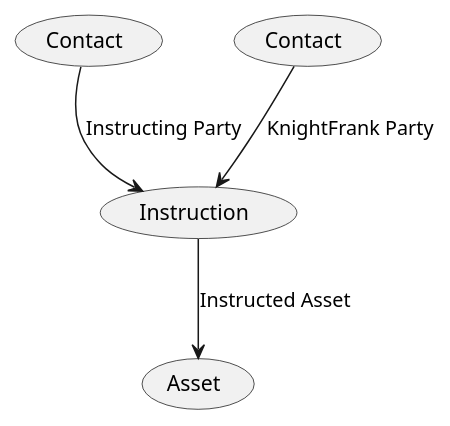
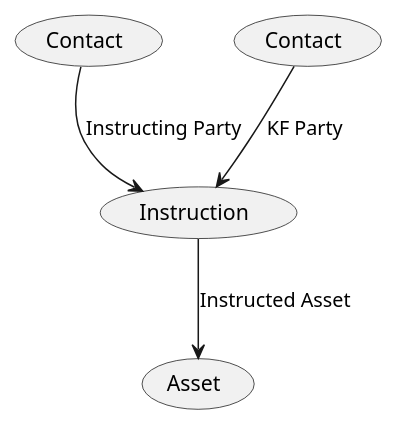
The diagram in assets/RealEstate/Instruction.puml (Kf-GaryNewport/Kf-GaryNewport.github.io), drawn with PlantUML before and after one commit. The commit also changed 2 other files, not shown here.

```diff
--- a/assets/RealEstate/Instruction.puml
+++ b/assets/RealEstate/Instruction.puml
@@ -1,10 +1,10 @@
 @startuml Instruction
 
 (Contact) as (ClientParty)
 (Contact) as (KfParty)
 
 (ClientParty) --> (Instruction) : Instructing Party
-(KfParty) --> (Instruction) : KnightFrank Party
+(KfParty) --> (Instruction) : KF Party
 (Instruction) --> (Asset) : Instructed Asset
 
 @enduml
```
